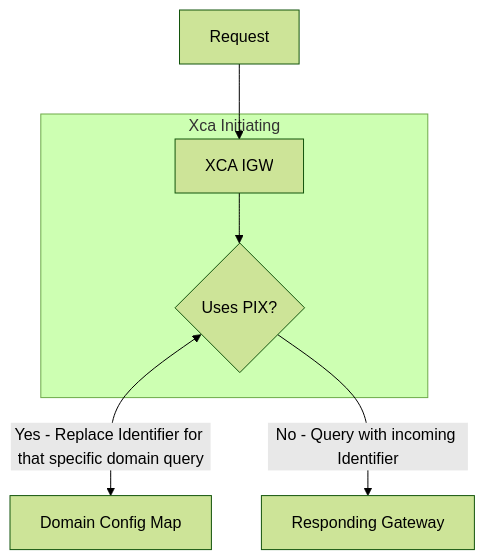
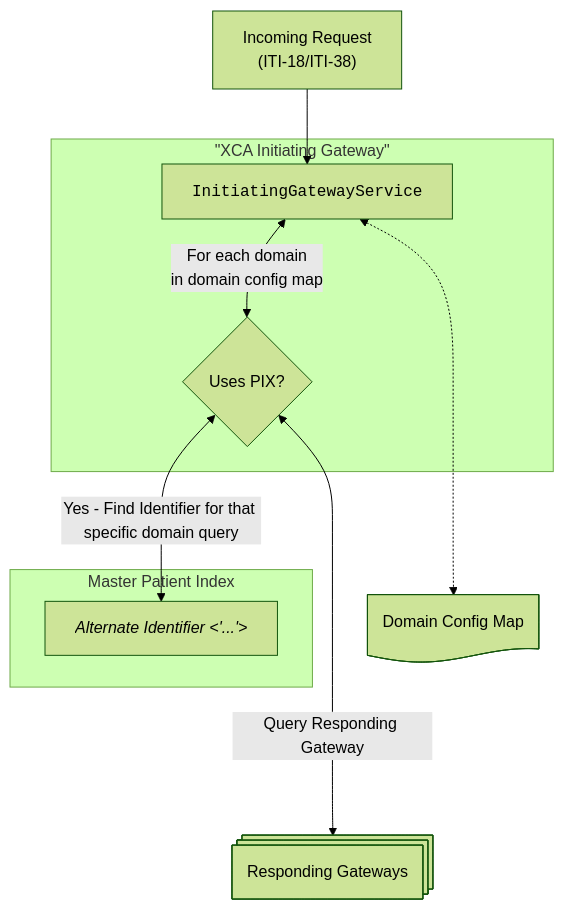
Before and after one commit to timmo-nhn/XcaInteropService: the diagram in Docs/PatientIdentity.md, drawn with Mermaid (forest theme). The commit also changed other lines of this file and 49 other files, not shown here.

````diff
--- a/Docs/PatientIdentity.md
+++ b/Docs/PatientIdentity.md
@@ -5,20 +13,26 @@
 ```mermaid
 
 flowchart
 
-dcm["Domain Config Map"]
-xcai["XCA IGW"]
+dcm["Domain Config Map"]@{ shape: doc}
+xcai["<code>InitiatingGatewayService"]
 usespix{"Uses PIX?"}
-resgw[Responding Gateway]
+resgw[Responding Gateways]@{ shape: procs }
+altid["<i>Alternate Identifier &lt;'...'&gt;"]
+inrq["Incoming Request<br>(ITI-18/ITI-38)"]
 
-subgraph "Xca Initiating"
+subgraph "&quot;XCA Initiating Gateway&quot;"
     xcai
     usespix
 end
 
-Request --> xcai
-xcai --> usespix 
-usespix <-- Yes - Replace Identifier for that specific domain query --> dcm
-usespix -- No - Query with incoming Identifier --> resgw
+subgraph "Master Patient Index"
+    altid
+end
 
+inrq --> xcai
+xcai <-- For each domain<br>in domain config map--> usespix 
+xcai <-..-> dcm
+usespix <-- Yes - Find Identifier for that specific domain query --> altid
+usespix <-- Query Responding Gateway ----> resgw
 ```
````
